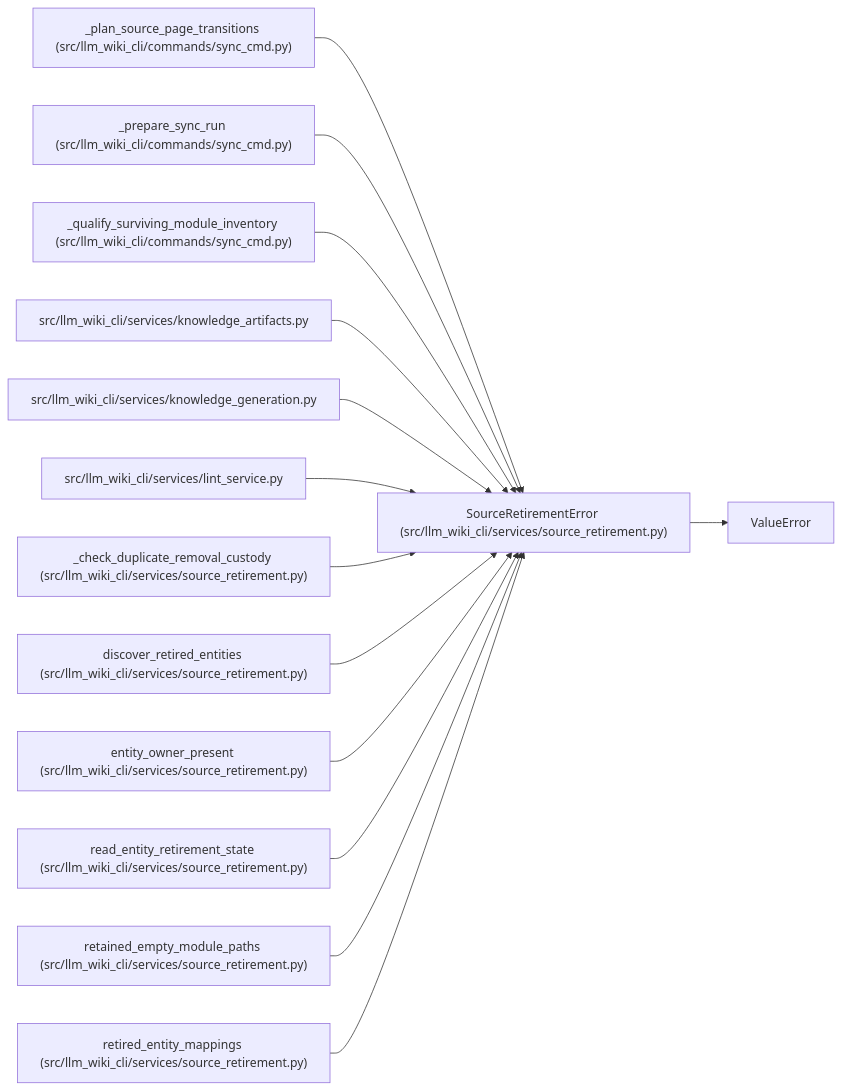
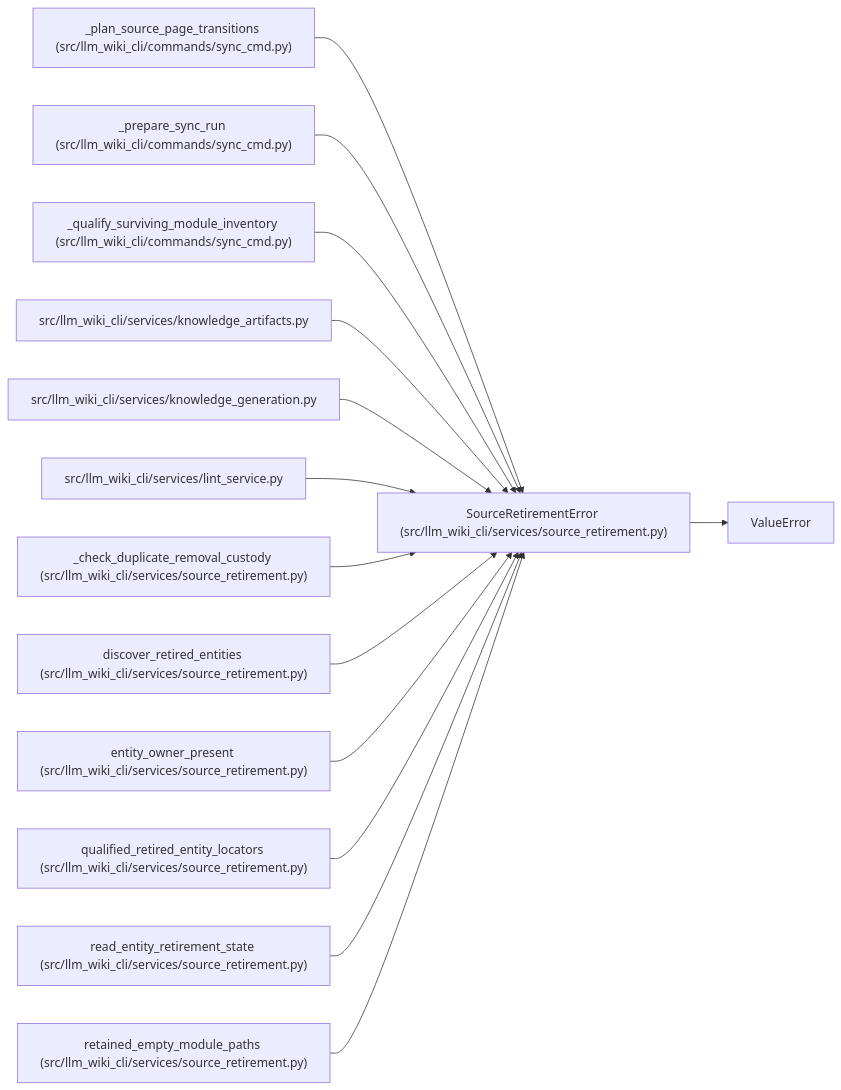
Before and after one commit to Denissvgn/python-wiki-llm: the diagram in docs/llm_wiki/entities/SourceRetirementError.md, drawn with Mermaid. The commit also changed other lines of this file and 537 other files, not shown here.

First line of the commit message:
Fix retired source member freshness (#146)

````diff
--- a/docs/llm_wiki/entities/SourceRetirementError.md
+++ b/docs/llm_wiki/entities/SourceRetirementError.md
@@ -23,43 +23,43 @@
 ```mermaid
 flowchart LR
     n0["SourceRetirementError (src/llm_wiki_cli/services/source_retirement.py)"]
     n1["ValueError"]
     n2["_plan_source_page_transitions (src/llm_wiki_cli/commands/sync_cmd.py)"]
     n3["_prepare_sync_run (src/llm_wiki_cli/commands/sync_cmd.py)"]
     n4["_qualify_surviving_module_inventory (src/llm_wiki_cli/commands/sync_cmd.py)"]
     n5["src/llm_wiki_cli/services/knowledge_artifacts.py"]
     n6["src/llm_wiki_cli/services/knowledge_generation.py"]
     n7["src/llm_wiki_cli/services/lint_service.py"]
     n8["_check_duplicate_removal_custody (src/llm_wiki_cli/services/source_retirement.py)"]
     n9["discover_retired_entities (src/llm_wiki_cli/services/source_retirement.py)"]
     n10["entity_owner_present (src/llm_wiki_cli/services/source_retirement.py)"]
-    n11["read_entity_retirement_state (src/llm_wiki_cli/services/source_retirement.py)"]
-    n12["retained_empty_module_paths (src/llm_wiki_cli/services/source_retirement.py)"]
-    n13["retired_entity_mappings (src/llm_wiki_cli/services/source_retirement.py)"]
+    n11["qualified_retired_entity_locators (src/llm_wiki_cli/services/source_retirement.py)"]
+    n12["read_entity_retirement_state (src/llm_wiki_cli/services/source_retirement.py)"]
+    n13["retained_empty_module_paths (src/llm_wiki_cli/services/source_retirement.py)"]
     n0 --> n1
     n2 --> n0
     n3 --> n0
     n4 --> n0
     n5 --> n0
     n6 --> n0
     n7 --> n0
     n8 --> n0
     n9 --> n0
     n10 --> n0
     n11 --> n0
     n12 --> n0
     n13 --> n0
     click n0 "../modules/source_retirement.md"
     click n2 "../modules/sync_cmd.md"
     click n3 "../modules/sync_cmd.md"
     click n4 "../modules/sync_cmd.md"
     click n5 "../modules/knowledge_artifacts.md"
     click n6 "../modules/knowledge_generation.md"
     click n7 "../modules/lint_service.md"
     click n8 "../modules/source_retirement.md"
     click n9 "../modules/source_retirement.md"
     click n10 "../modules/source_retirement.md"
     click n11 "../modules/source_retirement.md"
     click n12 "../modules/source_retirement.md"
     click n13 "../modules/source_retirement.md"
 ```
````
